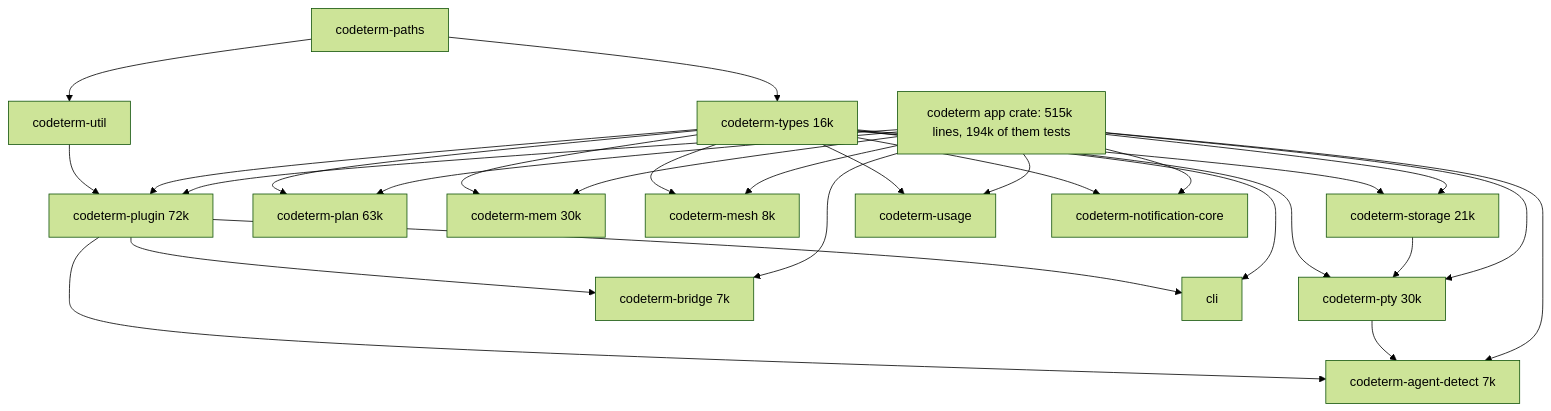
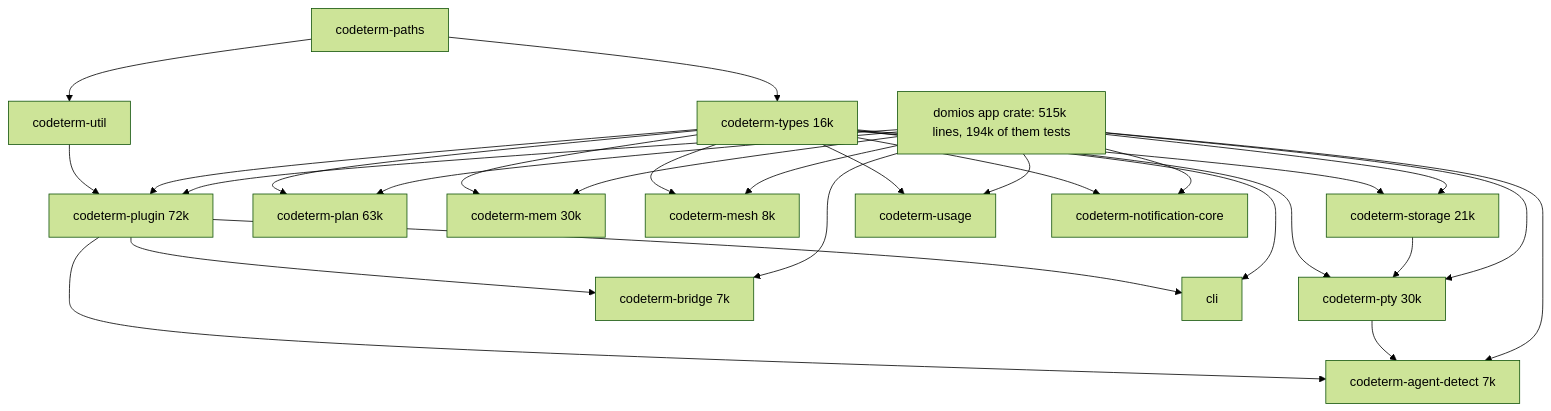
Before and after one commit to domios-dev/domios: the diagram in docs/architecture/split-roadmap.md, drawn with Mermaid (forest theme). The commit also changed 389 other files, not shown here.

````diff
--- a/docs/architecture/split-roadmap.md
+++ b/docs/architecture/split-roadmap.md
@@ -7,30 +7,30 @@
 ```mermaid
 graph TD
   paths[codeterm-paths] --> util[codeterm-util]
   paths --> types[codeterm-types 16k]
   util --> plugin[codeterm-plugin 72k]
   types --> plugin
   types --> pty[codeterm-pty 30k]
   types --> plan[codeterm-plan 63k]
   types --> mem[codeterm-mem 30k]
   types --> mesh[codeterm-mesh 8k]
   types --> storage[codeterm-storage 21k]
   types --> usage[codeterm-usage]
   types --> notifcore[codeterm-notification-core]
   storage --> pty
   plugin --> bridge[codeterm-bridge 7k]
   plugin --> detect[codeterm-agent-detect 7k]
   pty --> detect
   plugin --> cli
   types --> cli
-  app[codeterm app crate: 515k lines, 194k of them tests] --> plugin
+  app[domios app crate: 515k lines, 194k of them tests] --> plugin
   app --> pty
   app --> plan
   app --> mem
   app --> mesh
   app --> storage
   app --> bridge
   app --> detect
   app --> usage
   app --> notifcore
 ```
````
